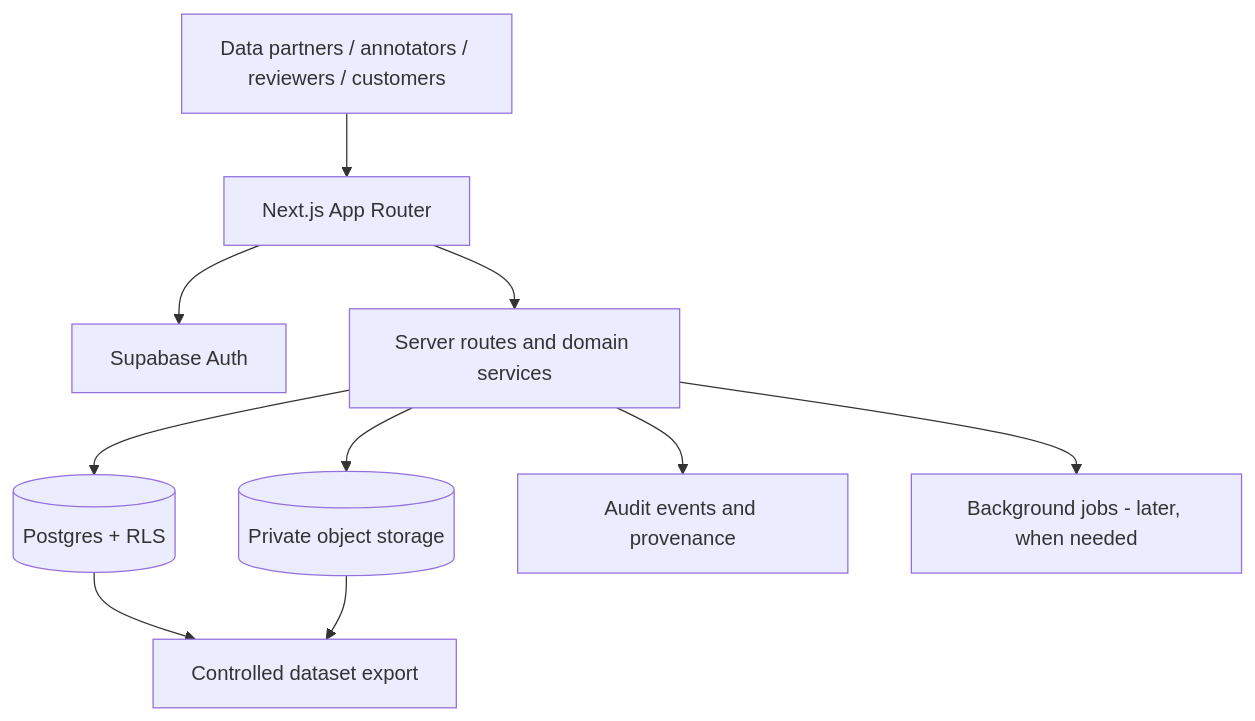
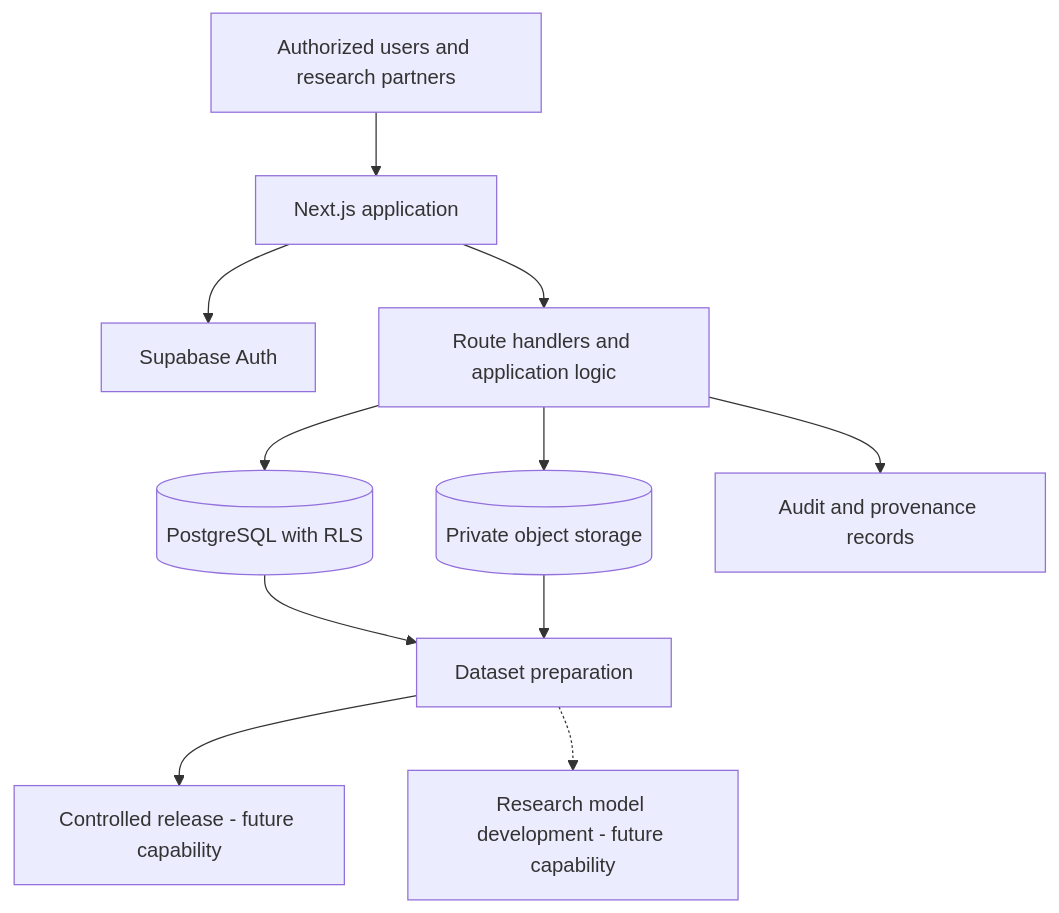
One commit to eltonarunga/jinox-v1.0 changed the diagram in docs/architecture/README.md. Above: the diagram before and after it, drawn with Mermaid. The commit also changed other lines of this file, not shown here.

Commit message:
Refresh architecture guide with implementation boundaries and standards

````diff
--- a/docs/architecture/README.md
+++ b/docs/architecture/README.md
@@ -21,12 +49,13 @@
 ```mermaid
 flowchart TD
-  U[Data partners / annotators / reviewers / customers] --> WEB[Next.js App Router]
+  U[Authorized users and research partners] --> WEB[Next.js application]
   WEB --> AUTH[Supabase Auth]
-  WEB --> API[Server routes and domain services]
-  API --> PG[(Postgres + RLS)]
+  WEB --> API[Route handlers and application logic]
+  API --> PG[(PostgreSQL with RLS)]
   API --> ST[(Private object storage)]
-  API --> AUD[Audit events and provenance]
-  API --> JOBS[Background jobs - later, when needed]
-  PG --> EXPORT[Controlled dataset export]
-  ST --> EXPORT
+  API --> AUD[Audit and provenance records]
+  PG --> PREP[Dataset preparation]
+  ST --> PREP
+  PREP --> REL[Controlled release - future capability]
+  PREP -.-> ML[Research model development - future capability]
 ```
````
